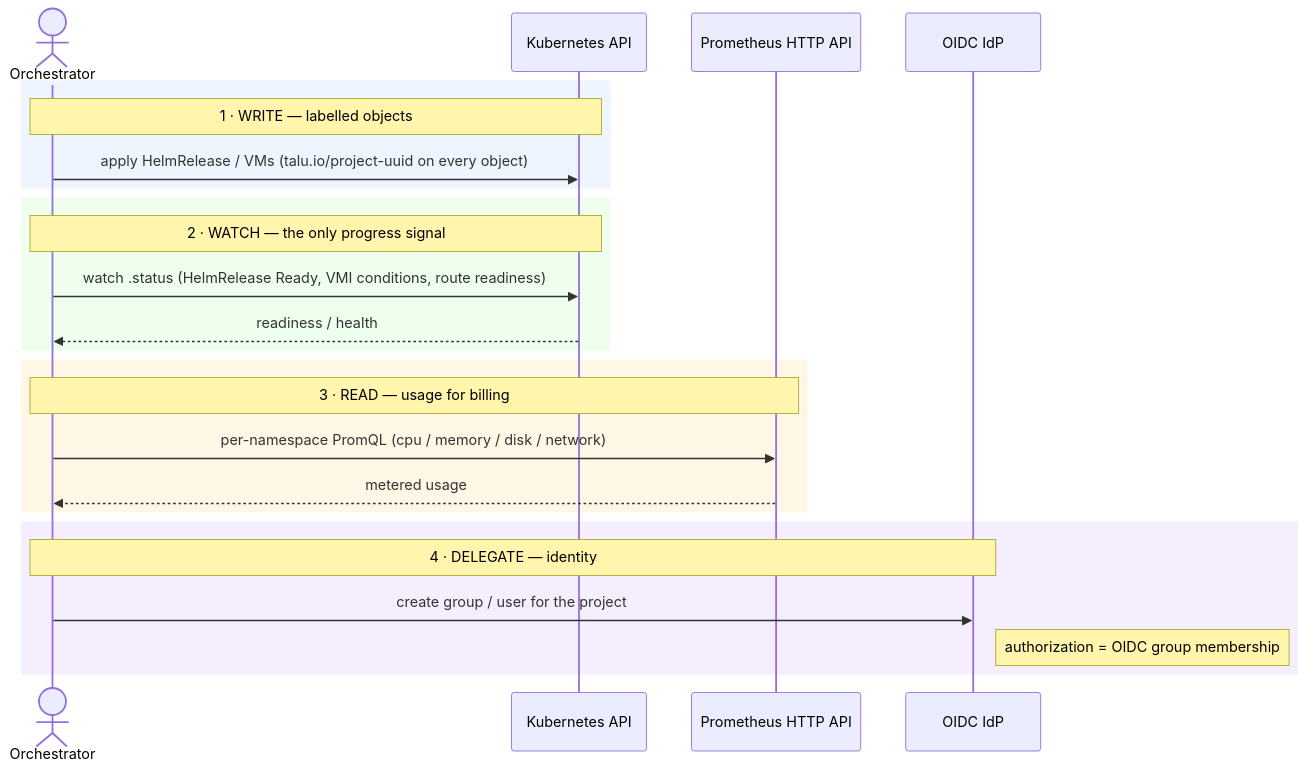
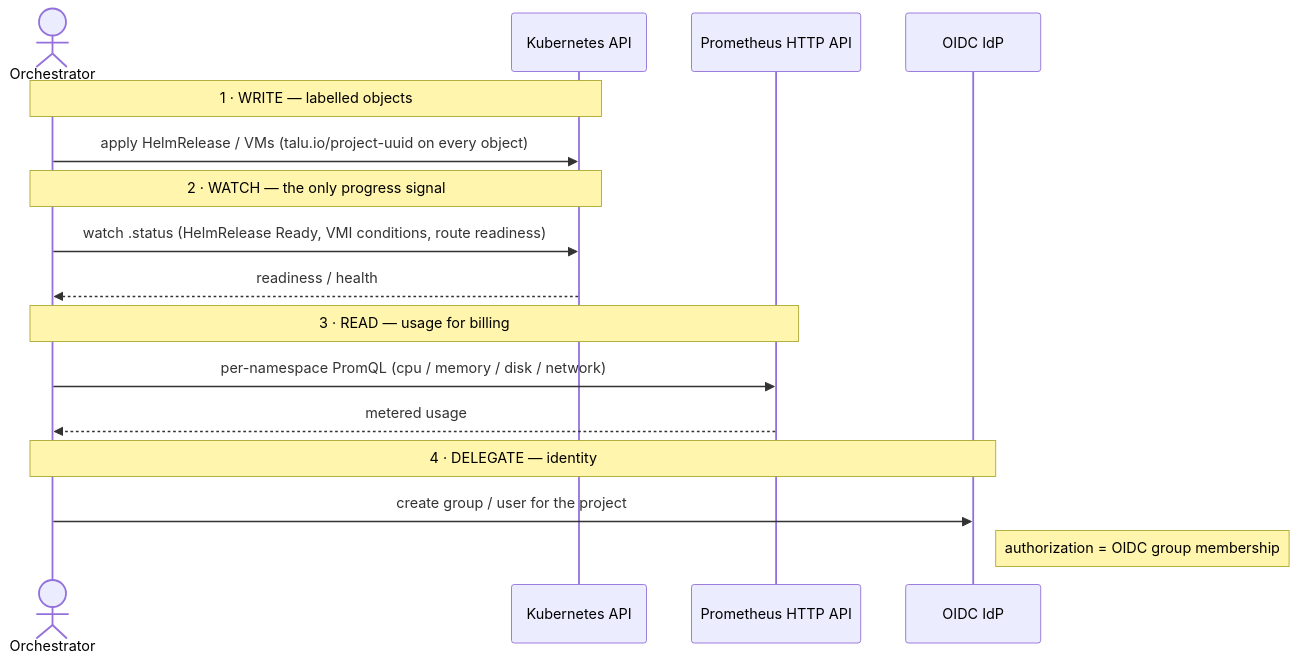
One commit to livenson/talu changed the third of 3 diagrams in docs/architecture/flows.md. Above: the diagram before and after it, drawn with Mermaid. The commit also changed 2 other files, not shown here.

Commit message:
docs: make mermaid diagrams dark-mode readable
Custom classDef nodes had light fills but inherited theme text (light-on-light in
dark mode); pinned dark text on them (color:#111827 / #0b3d0b / #5c0d0d) so light-
filled boxes read on both themes. Dropped the rect rgb() color bands in the flows
integration diagram (light bands washed out message text in dark mode) — the
per-verb Notes still label the four steps.

````diff
--- a/docs/architecture/flows.md
+++ b/docs/architecture/flows.md
@@ -65,27 +65,19 @@
 ```mermaid
 sequenceDiagram
     actor O as Orchestrator
     participant API as Kubernetes API
     participant PR as Prometheus HTTP API
     participant IDP as OIDC IdP
 
-    rect rgb(238,245,255)
     Note over O,API: 1 · WRITE — labelled objects
     O->>API: apply HelmRelease / VMs (talu.io/project-uuid on every object)
-    end
-    rect rgb(238,255,238)
     Note over O,API: 2 · WATCH — the only progress signal
     O->>API: watch .status (HelmRelease Ready, VMI conditions, route readiness)
     API-->>O: readiness / health
-    end
-    rect rgb(255,247,230)
     Note over O,PR: 3 · READ — usage for billing
     O->>PR: per-namespace PromQL (cpu / memory / disk / network)
     PR-->>O: metered usage
-    end
-    rect rgb(245,238,255)
     Note over O,IDP: 4 · DELEGATE — identity
     O->>IDP: create group / user for the project
     Note right of IDP: authorization = OIDC group membership
-    end
 ```
````
